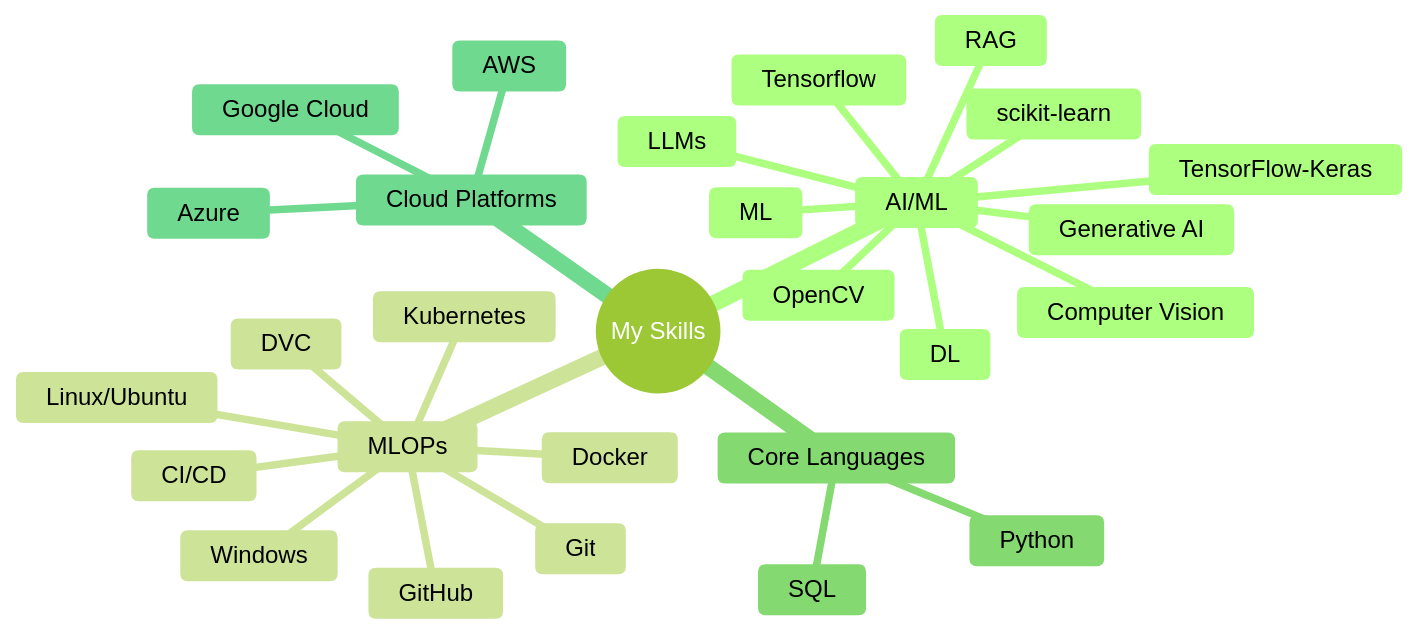
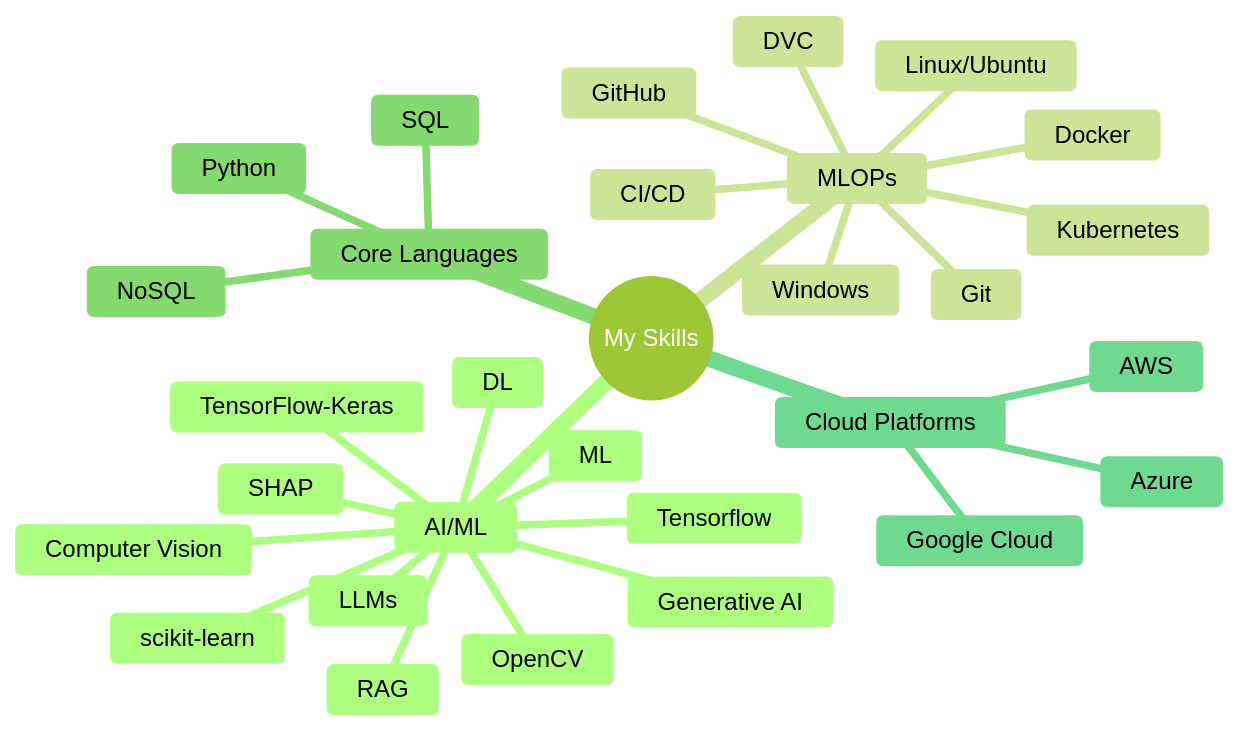
One commit to mrvivekkumar7171/mrvivekkumar7171 changed the diagram in README.md. Above: the diagram before and after it, drawn with Mermaid (forest theme). The commit also changed other lines of this file, not shown here.

````diff
--- a/README.md
+++ b/README.md
@@ -50,31 +50,33 @@
 ```mermaid
 mindmap
   root((My Skills))
     AI/ML
       ML
       DL
       scikit-learn
       TensorFlow-Keras
       OpenCV
       LLMs
       Generative AI
       RAG
       Computer Vision
       Tensorflow
+      SHAP
     MLOPs
       Docker
       Kubernetes
       CI/CD
       Git
       GitHub
       DVC
       Linux/Ubuntu
       Windows
     Core Languages
       Python
       SQL
+      NoSQL
     Cloud Platforms
       Google Cloud
       Azure
       AWS
 ```
````
